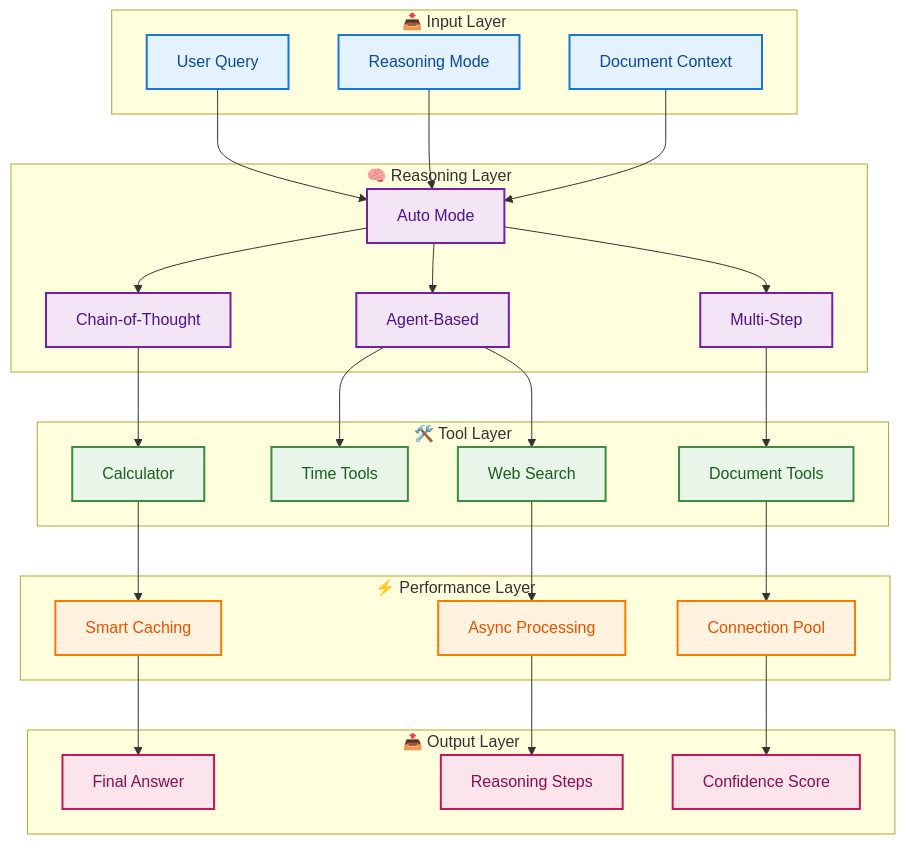
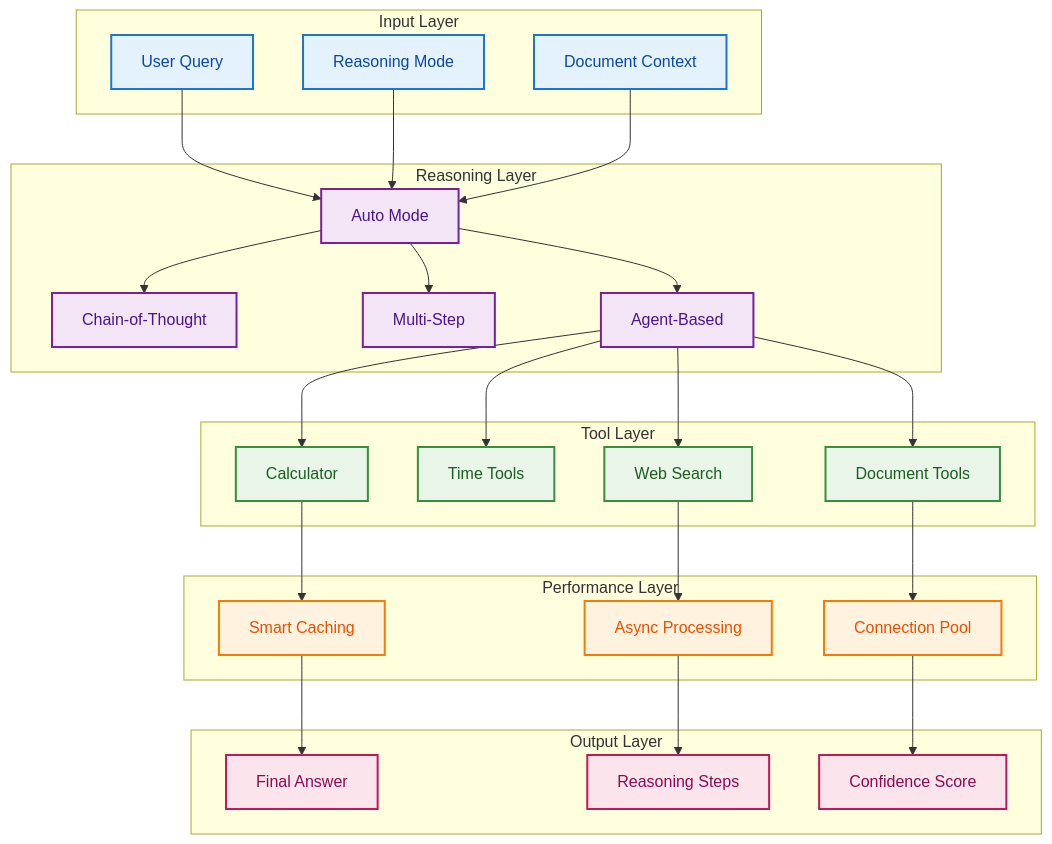
Before and after one commit to khaosans/basic-chat: the first of 6 diagrams in docs/REASONING_FEATURES.md, drawn with Mermaid. The commit also changed other lines of this file and 23 other files, not shown here.

````diff
--- a/docs/REASONING_FEATURES.md
+++ b/docs/REASONING_FEATURES.md
@@ -9,72 +19,64 @@
 ```mermaid
-graph TB
-    subgraph "📥 Input Layer"
+graph TD
+    %% Layer labels
+    subgraph Input Layer
         QUERY[User Query]
         MODE[Reasoning Mode]
         CONTEXT[Document Context]
     end
-    
-    subgraph "🧠 Reasoning Layer"
+    subgraph Reasoning Layer
+        AUTO[Auto Mode]
         COT[Chain-of-Thought]
         MULTI[Multi-Step]
         AGENT[Agent-Based]
-        AUTO[Auto Mode]
     end
-    
-    subgraph "🛠️ Tool Layer"
+    subgraph Tool Layer
         CALC[Calculator]
         TIME[Time Tools]
         SEARCH[Web Search]
         DOCS[Document Tools]
     end
-    
-    subgraph "⚡ Performance Layer"
+    subgraph Performance Layer
         CACHE[Smart Caching]
         ASYNC[Async Processing]
         POOL[Connection Pool]
     end
-    
-    subgraph "📤 Output Layer"
+    subgraph Output Layer
         RESULT[Final Answer]
         STEPS[Reasoning Steps]
         CONFIDENCE[Confidence Score]
     end
-    
-    %% Clear flow from input to reasoning
+
+    %% Flow arrows (vertical, clear progression)
     QUERY --> AUTO
     MODE --> AUTO
     CONTEXT --> AUTO
-    
-    %% Reasoning modes flow
     AUTO --> COT
     AUTO --> MULTI
     AUTO --> AGENT
-    
-    %% Tools for each reasoning mode
-    COT --> CALC
-    MULTI --> DOCS
+    %% Only Agent-Based connects to tools
+    AGENT --> CALC
+    AGENT --> TIME
     AGENT --> SEARCH
-    AGENT --> TIME
-    
-    %% Performance optimization
+    AGENT --> DOCS
     CALC --> CACHE
     SEARCH --> ASYNC
     DOCS --> POOL
-    
-    %% Final output
+    %% Performance to output
     CACHE --> RESULT
     ASYNC --> STEPS
     POOL --> CONFIDENCE
-    
+
+    %% Styling for clarity
     classDef input fill:#E3F2FD,stroke:#1976D2,stroke-width:2px,color:#0D47A1
     classDef reasoning fill:#F3E5F5,stroke:#7B1FA2,stroke-width:2px,color:#4A148C
     classDef tools fill:#E8F5E8,stroke:#388E3C,stroke-width:2px,color:#1B5E20
     classDef performance fill:#FFF3E0,stroke:#F57C00,stroke-width:2px,color:#E65100
     classDef output fill:#FCE4EC,stroke:#C2185B,stroke-width:2px,color:#880E4F
-    
+
     class QUERY,MODE,CONTEXT input
-    class COT,MULTI,AGENT,AUTO reasoning
+    class AUTO,COT,MULTI,AGENT reasoning
     class CALC,TIME,SEARCH,DOCS tools
     class CACHE,ASYNC,POOL performance
     class RESULT,STEPS,CONFIDENCE output
 ```
````
